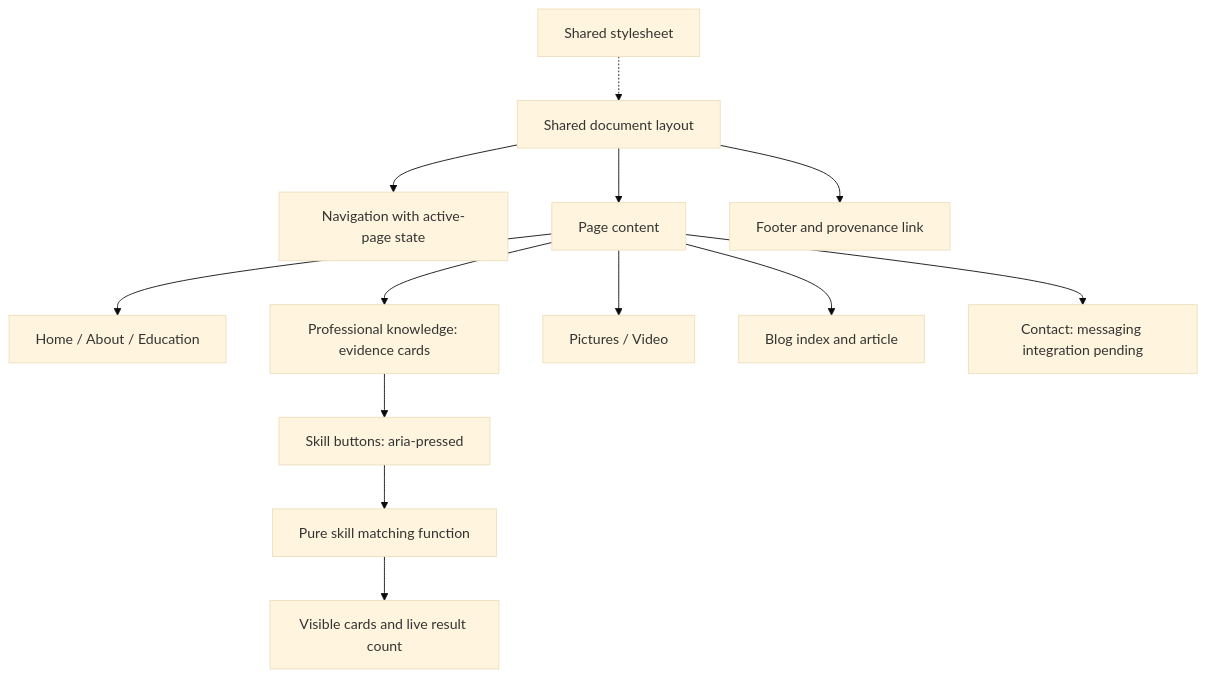
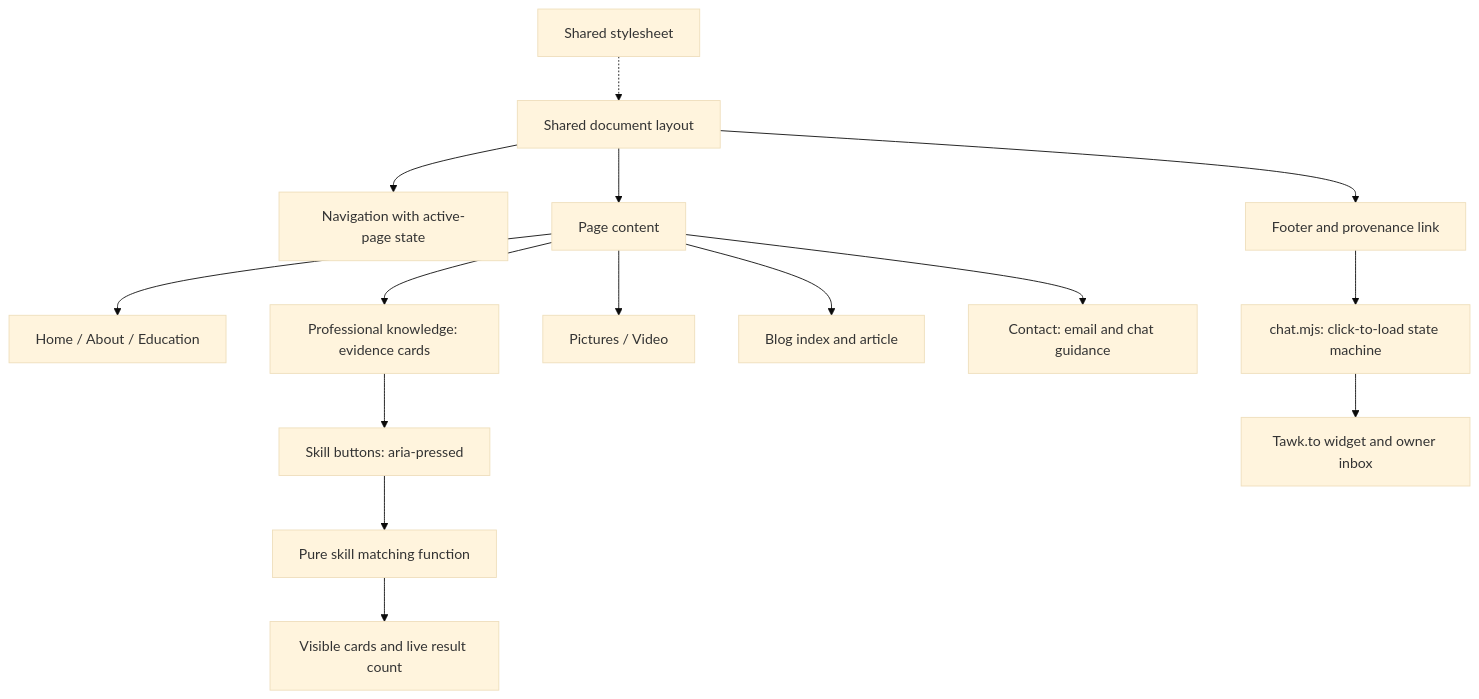
One commit to ChiragAgg5k/ul-university-notes changed the second of 3 diagrams in 2026-27/SEM1/CS5709 - Software Engineering Evolution/Assignment 1/DESIGN.md. Above: the diagram before and after it, drawn with Mermaid (base theme). The commit also changed other lines of this file and 10 other files, not shown here.

Commit message:
Integrate click-to-load Tawk chat with privacy notice and fallback

````diff
--- a/2026-27/SEM1/CS5709 - Software Engineering Evolution/Assignment 1/DESIGN.md
+++ b/2026-27/SEM1/CS5709 - Software Engineering Evolution/Assignment 1/DESIGN.md
@@ -30,15 +32,17 @@
 ```mermaid
 flowchart TD
   Layout[Shared document layout] --> Nav[Navigation with active-page state]
   Layout --> Main[Page content]
   Layout --> Footer[Footer and provenance link]
   Main --> Profile[Home / About / Education]
   Main --> Knowledge[Professional knowledge: evidence cards]
   Knowledge --> Controls[Skill buttons: aria-pressed]
   Controls --> Matching[Pure skill matching function]
   Matching --> Status[Visible cards and live result count]
   Main --> Media[Pictures / Video]
   Main --> Blog[Blog index and article]
-  Main --> Contact[Contact: messaging integration pending]
+  Main --> Contact[Contact: email and chat guidance]
+  Footer --> Loader[chat.mjs: click-to-load state machine]
+  Loader --> Provider[Tawk.to widget and owner inbox]
   Styles[Shared stylesheet] -.-> Layout
 ```
````
